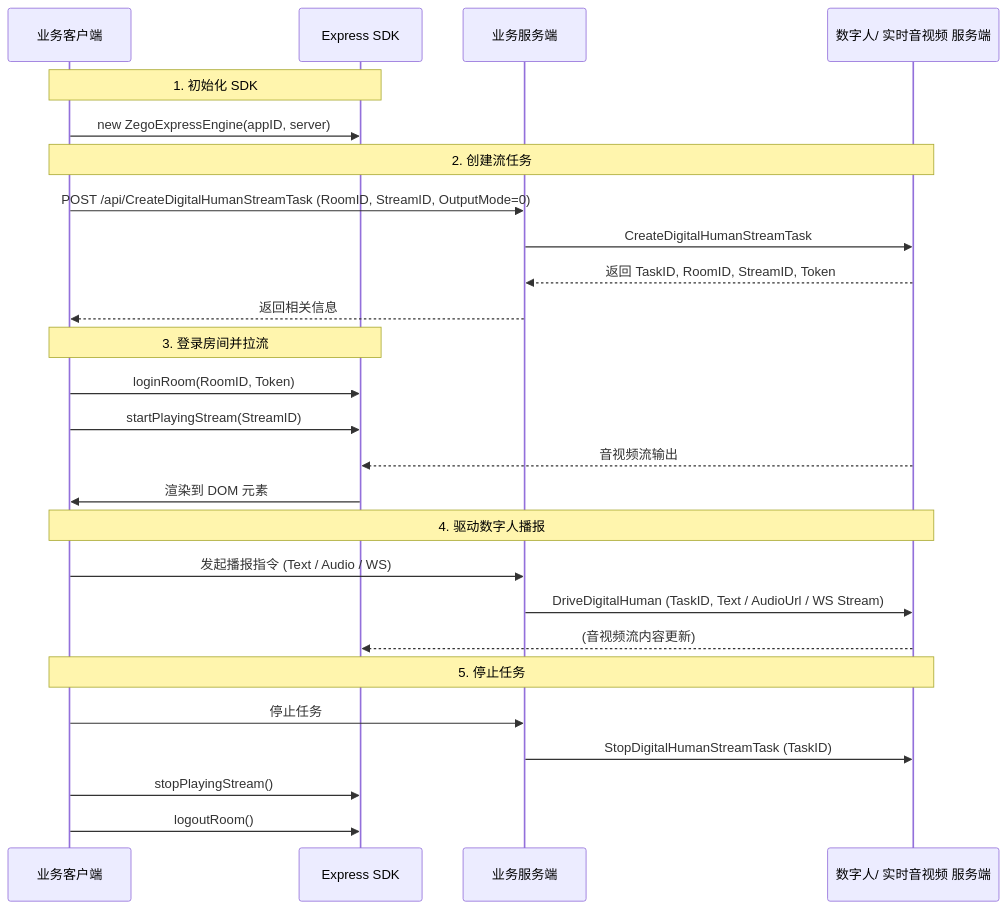
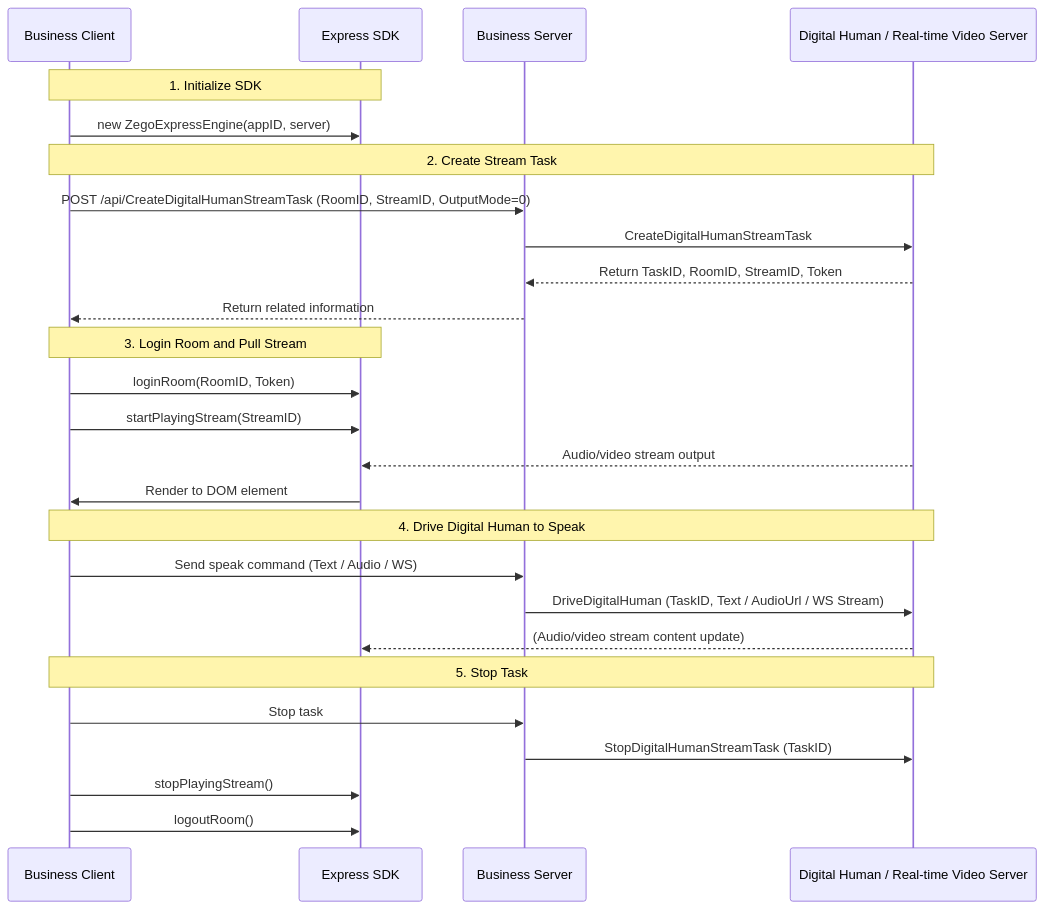
Before and after one commit to ZEGOCLOUD/docs_all: the third of 3 diagrams in core_products/digital-human/en/android/quick-start.mdx, drawn with Mermaid. The commit also changed other lines of this file and 65 other files, not shown here.

First line of the commit message:
DigitalHuman: Translate Chinese docs to English

````diff
--- a/core_products/digital-human/en/android/quick-start.mdx
+++ b/core_products/digital-human/en/android/quick-start.mdx
@@ -196,33 +196,33 @@
 ```mermaid
 sequenceDiagram
-    participant Client as 业务客户端
+    participant Client as Business Client
     participant Express as Express SDK
-    participant Server as 业务服务端
-    participant PaaS as 数字人/ 实时音视频 服务端
+    participant Server as Business Server
+    participant PaaS as Digital Human / Real-time Video Server
 
-    Note over Client, Express: 1. 初始化 SDK
+    Note over Client, Express: 1. Initialize SDK
     Client->>Express: new ZegoExpressEngine(appID, server)
 
-    Note over Client, PaaS: 2. 创建流任务
+    Note over Client, PaaS: 2. Create Stream Task
     Client->>Server: POST /api/CreateDigitalHumanStreamTask (RoomID, StreamID, OutputMode=0)
     Server->>PaaS: CreateDigitalHumanStreamTask
-    PaaS-->>Server: 返回 TaskID, RoomID, StreamID, Token
-    Server-->>Client: 返回相关信息
+    PaaS-->>Server: Return TaskID, RoomID, StreamID, Token
+    Server-->>Client: Return related information
 
-    Note over Client, Express: 3. 登录房间并拉流
+    Note over Client, Express: 3. Login Room and Pull Stream
     Client->>Express: loginRoom(RoomID, Token)
     Client->>Express: startPlayingStream(StreamID)
-    PaaS-->>Express: 音视频流输出
-    Express->>Client: 渲染到 DOM 元素
+    PaaS-->>Express: Audio/video stream output
+    Express->>Client: Render to DOM element
 
-    Note over Client, PaaS: 4. 驱动数字人播报
-    Client->>Server: 发起播报指令 (Text / Audio / WS)
+    Note over Client, PaaS: 4. Drive Digital Human to Speak
+    Client->>Server: Send speak command (Text / Audio / WS)
     Server->>PaaS: DriveDigitalHuman (TaskID, Text / AudioUrl / WS Stream)
-    PaaS-->>Express: (音视频流内容更新)
+    PaaS-->>Express: (Audio/video stream content update)
 
-    Note over Client, PaaS: 5. 停止任务
-    Client->>Server: 停止任务
+    Note over Client, PaaS: 5. Stop Task
+    Client->>Server: Stop task
     Server->>PaaS: StopDigitalHumanStreamTask (TaskID)
     Client->>Express: stopPlayingStream()
     Client->>Express: logoutRoom()
 ```
````
